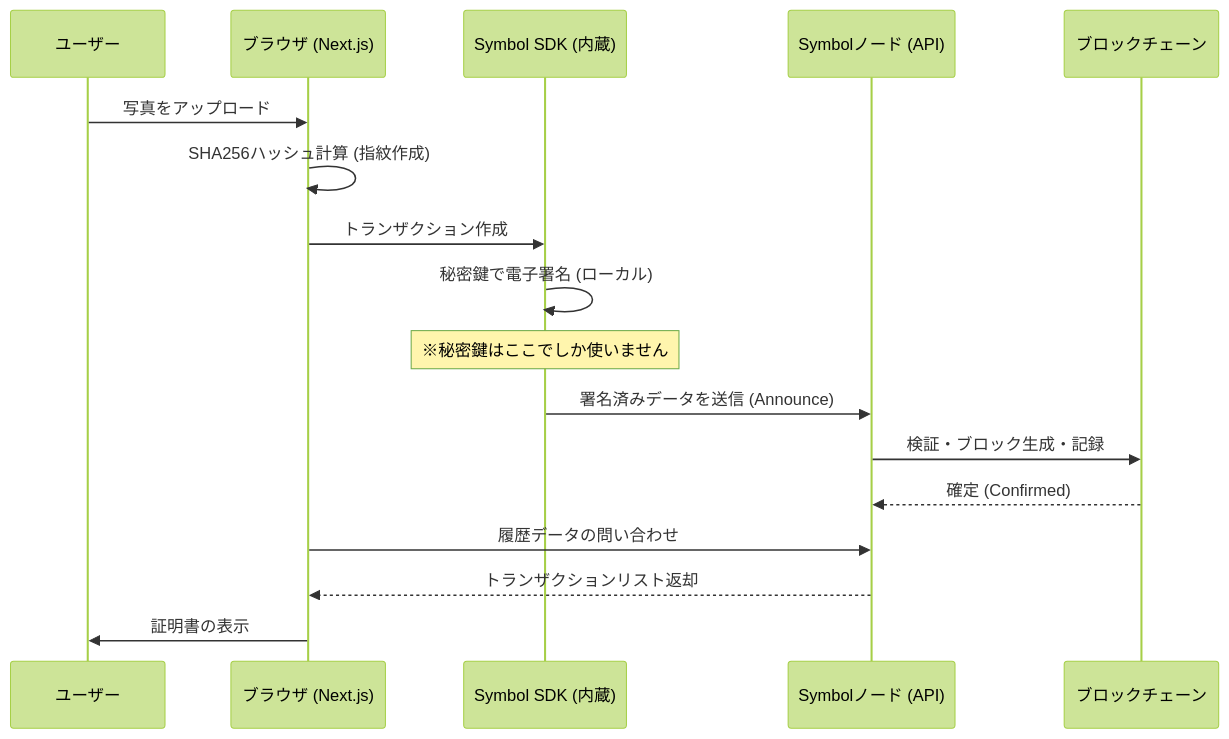
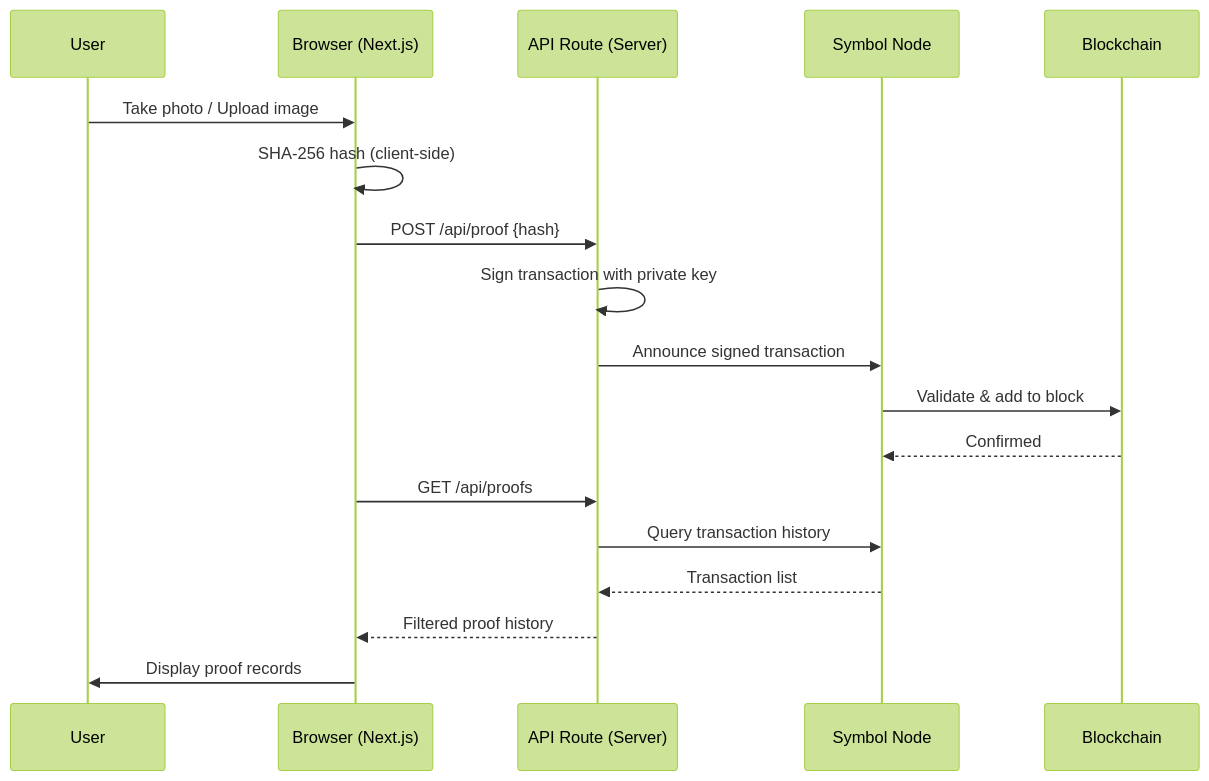
The diagram in README.md (NarumiKomaba/blockchain-hige), drawn with Mermaid (forest theme) before and after one commit. The commit also changed other lines of this file and 8 other files, not shown here.

First line of the commit message:
feat: Vercel deploy support, photo upload, history improvements

````diff
--- a/README.md
+++ b/README.md
@@ -104,20 +27,21 @@
 ```mermaid
 sequenceDiagram
-    participant User as ユーザー
-    participant App as ブラウザ (Next.js)
-    participant SDK as Symbol SDK (内蔵)
-    participant Node as Symbolノード (API)
-    participant Chain as ブロックチェーン
+    participant User as User
+    participant App as Browser (Next.js)
+    participant API as API Route (Server)
+    participant Node as Symbol Node
+    participant Chain as Blockchain
 
-    User->>App: 写真をアップロード
-    App->>App: SHA256ハッシュ計算 (指紋作成)
-    App->>SDK: トランザクション作成
-    SDK->>SDK: 秘密鍵で電子署名 (ローカル)
-    Note over SDK: ※秘密鍵はここでしか使いません
-    SDK->>Node: 署名済みデータを送信 (Announce)
-    Node->>Chain: 検証・ブロック生成・記録
-    Chain-->>Node: 確定 (Confirmed)
-    App->>Node: 履歴データの問い合わせ
-    Node-->>App: トランザクションリスト返却
-    App->>User: 証明書の表示
+    User->>App: Take photo / Upload image
+    App->>App: SHA-256 hash (client-side)
+    App->>API: POST /api/proof {hash}
+    API->>API: Sign transaction with private key
+    API->>Node: Announce signed transaction
+    Node->>Chain: Validate & add to block
+    Chain-->>Node: Confirmed
+    App->>API: GET /api/proofs
+    API->>Node: Query transaction history
+    Node-->>API: Transaction list
+    API-->>App: Filtered proof history
+    App->>User: Display proof records
 ```
````
